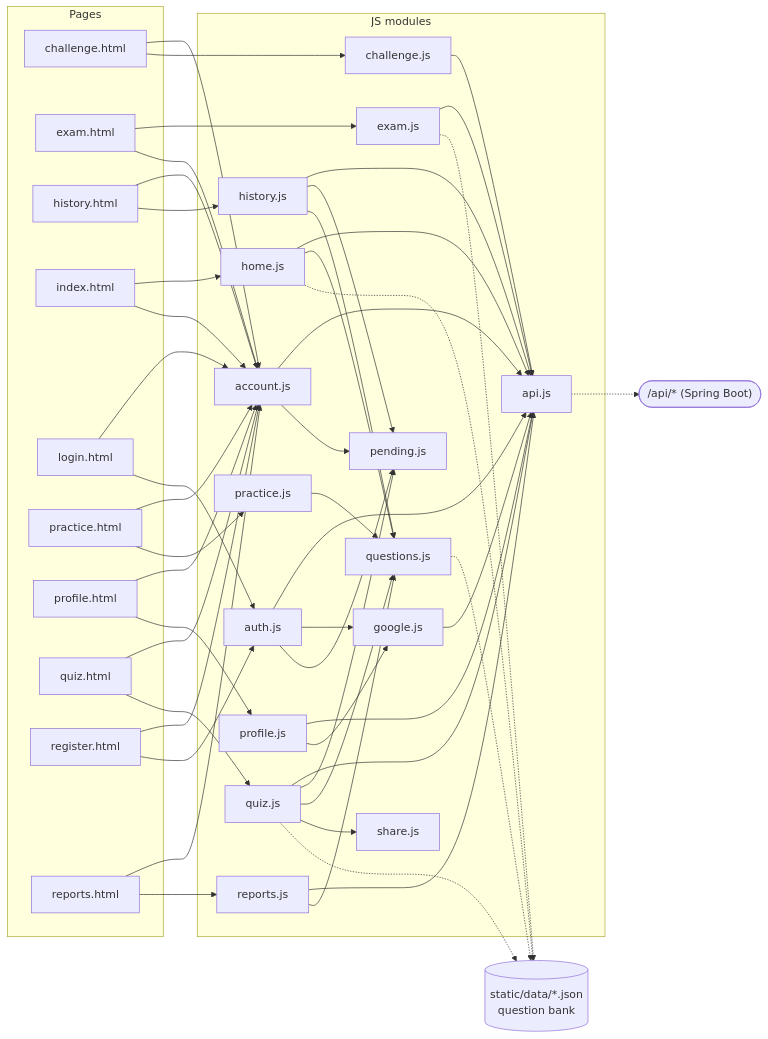
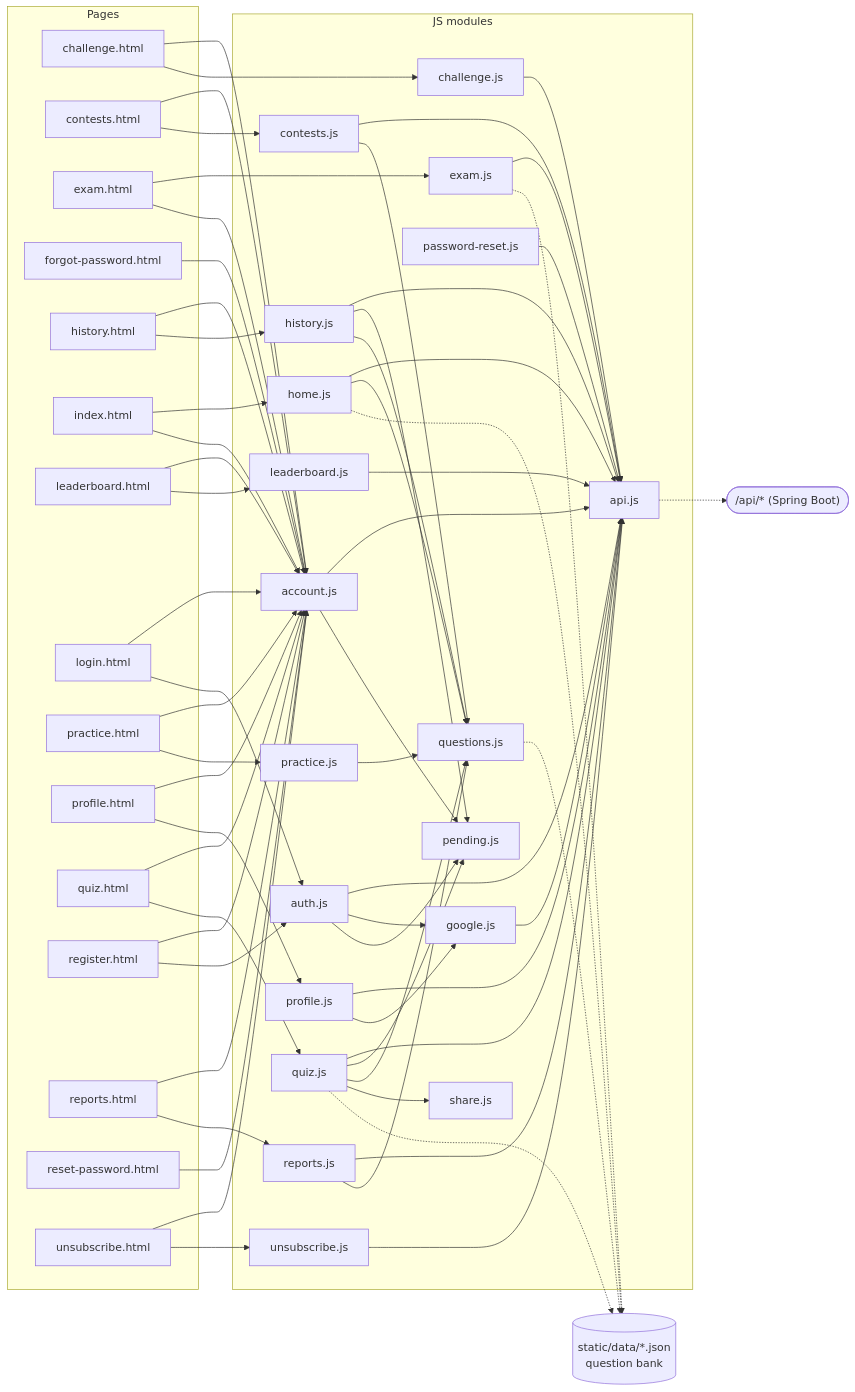
The fifth of 9 diagrams in docs/ARCHITECTURE.md (vinaynesta/QuizVerse), drawn with Mermaid before and after one commit. The commit also changed other lines of this file and 677 other files, not shown here.

Commit message:
feat(platform): contests, leaderboard, server scoring, env-based secrets and leak guard (#19)

````diff
--- a/docs/ARCHITECTURE.md
+++ b/docs/ARCHITECTURE.md
@@ -354,25 +526,33 @@
 flowchart LR
     subgraph pages["Pages"]
         page_challenge["challenge.html"]
+        page_contests["contests.html"]
         page_exam["exam.html"]
+        page_forgot-password["forgot-password.html"]
         page_history["history.html"]
         page_index["index.html"]
+        page_leaderboard["leaderboard.html"]
         page_login["login.html"]
         page_practice["practice.html"]
         page_profile["profile.html"]
         page_quiz["quiz.html"]
         page_register["register.html"]
         page_reports["reports.html"]
+        page_reset-password["reset-password.html"]
+        page_unsubscribe["unsubscribe.html"]
     end
     subgraph modules["JS modules"]
         js_account["account.js"]
         js_api["api.js"]
         js_auth["auth.js"]
         js_challenge["challenge.js"]
+        js_contests["contests.js"]
         js_exam["exam.js"]
         js_google["google.js"]
         js_history["history.js"]
         js_home["home.js"]
+        js_leaderboard["leaderboard.js"]
+        js_password-reset["password-reset.js"]
         js_pending["pending.js"]
         js_practice["practice.js"]
         js_profile["profile.js"]
@@ -380,17 +560,23 @@
         js_quiz["quiz.js"]
         js_reports["reports.js"]
         js_share["share.js"]
+        js_unsubscribe["unsubscribe.js"]
     end
     data[("static/data/*.json<br/>question bank")]
     apiserver(["/api/* (Spring Boot)"])
     page_challenge --> js_account
     page_challenge --> js_challenge
+    page_contests --> js_account
+    page_contests --> js_contests
     page_exam --> js_exam
     page_exam --> js_account
+    page_forgot-password --> js_account
     page_history --> js_account
     page_history --> js_history
     page_index --> js_home
     page_index --> js_account
+    page_leaderboard --> js_account
+    page_leaderboard --> js_leaderboard
     page_login --> js_account
     page_login --> js_auth
     page_practice --> js_account
@@ -403,6 +589,9 @@
     page_register --> js_auth
     page_reports --> js_account
     page_reports --> js_reports
+    page_reset-password --> js_account
+    page_unsubscribe --> js_account
+    page_unsubscribe --> js_unsubscribe
     js_account --> js_api
     js_account --> js_pending
     js_api -.-> apiserver
@@ -410,6 +599,8 @@
     js_auth --> js_google
     js_auth --> js_pending
     js_challenge --> js_api
+    js_contests --> js_api
+    js_contests --> js_questions
     js_exam --> js_api
     js_exam -.-> data
     js_google --> js_api
@@ -419,6 +610,8 @@
     js_home --> js_api
     js_home --> js_questions
     js_home -.-> data
+    js_leaderboard --> js_api
+    js_password-reset --> js_api
     js_practice --> js_questions
     js_profile --> js_api
     js_profile --> js_google
@@ -430,4 +623,5 @@
     js_quiz -.-> data
     js_reports --> js_api
     js_reports --> js_questions
+    js_unsubscribe --> js_api
 ```
````
